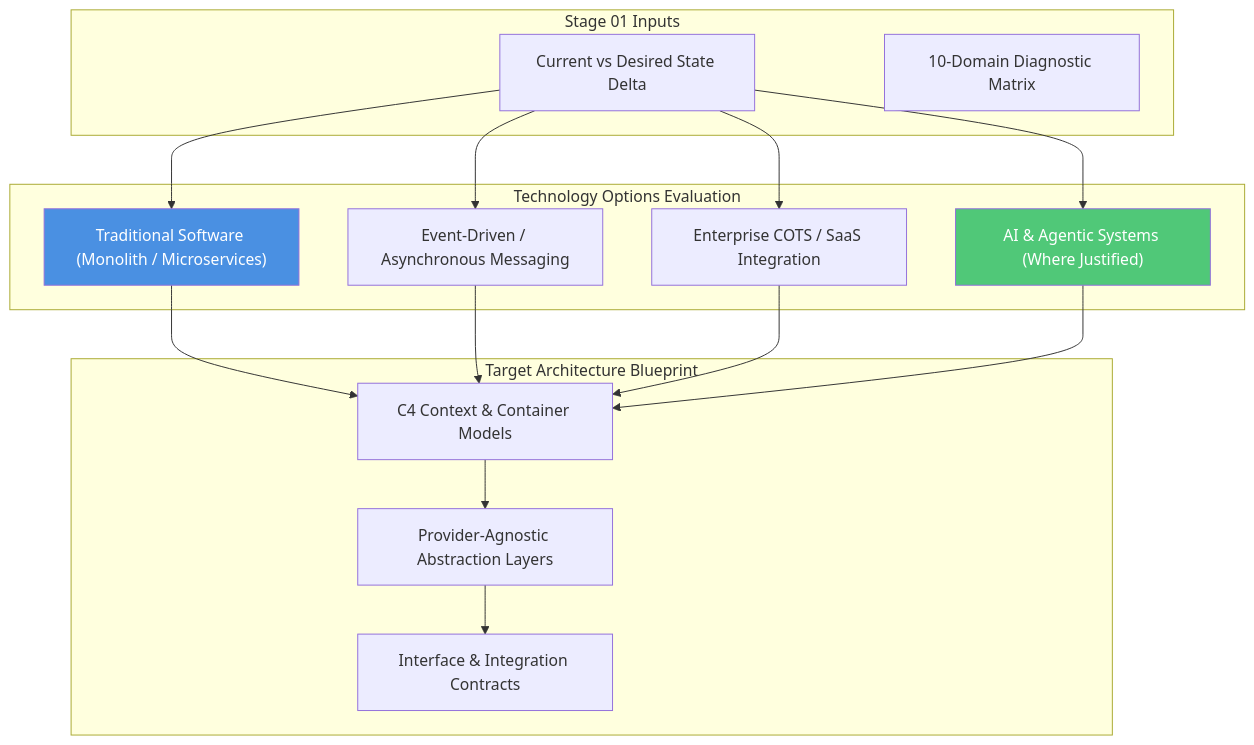
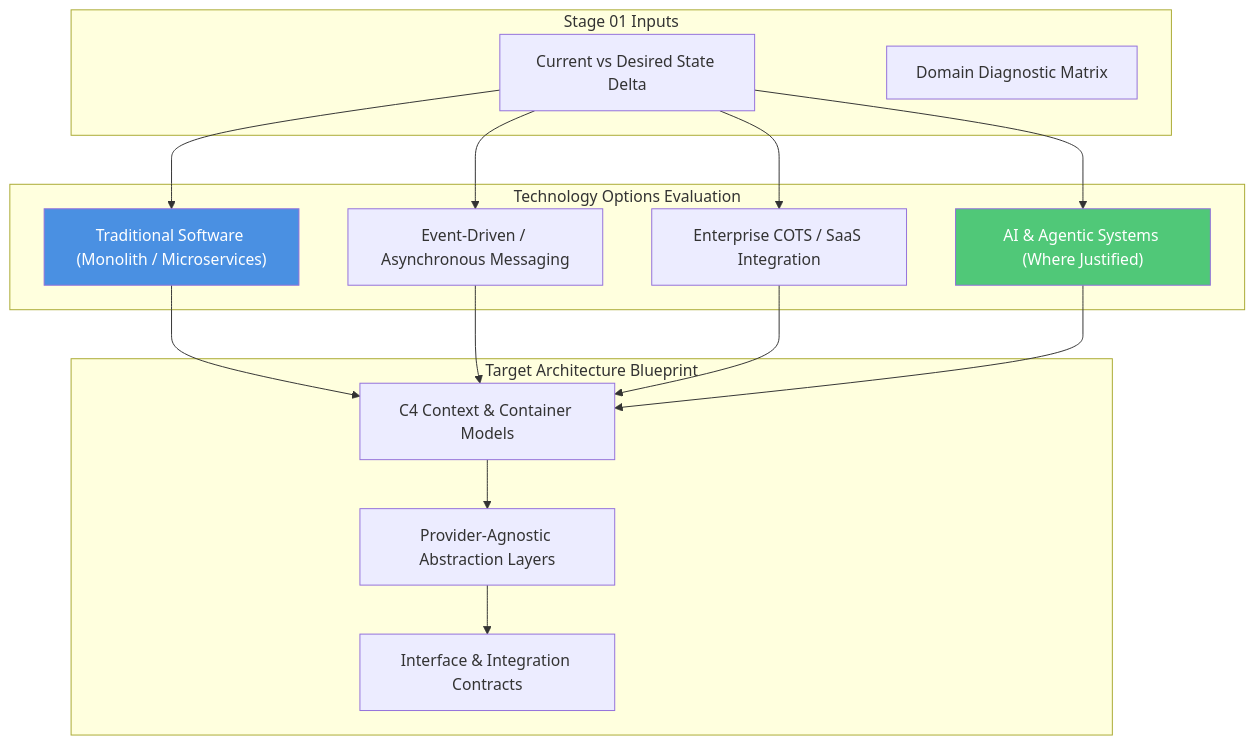
Before and after one commit to avfranco-br/portfolio: the diagram in docs/sop/02-target-architecture.md, drawn with Mermaid. The commit also changed 7 other files, not shown here.

````diff
--- a/docs/sop/02-target-architecture.md
+++ b/docs/sop/02-target-architecture.md
@@ -20,27 +20,27 @@
 ```mermaid
 graph TD
     subgraph "Stage 01 Inputs"
         D1["Current vs Desired State Delta"]
-        D2["10-Domain Diagnostic Matrix"]
+        D2["Domain Diagnostic Matrix"]
     end
 
     subgraph "Technology Options Evaluation"
         O1["Traditional Software (Monolith / Microservices)"]
         O2["Event-Driven / Asynchronous Messaging"]
         O3["Enterprise COTS / SaaS Integration"]
         O4["AI & Agentic Systems (Where Justified)"]
     end
 
     subgraph "Target Architecture Blueprint"
         C1["C4 Context & Container Models"]
         C2["Provider-Agnostic Abstraction Layers"]
         C3["Interface & Integration Contracts"]
     end
 
     D1 --> O1 & O2 & O3 & O4
     O1 & O2 & O3 & O4 --> C1
     C1 --> C2 --> C3
 
     style O1 fill:#4A90E2,color:#fff
     style O4 fill:#50C878,color:#fff
 ```
````
